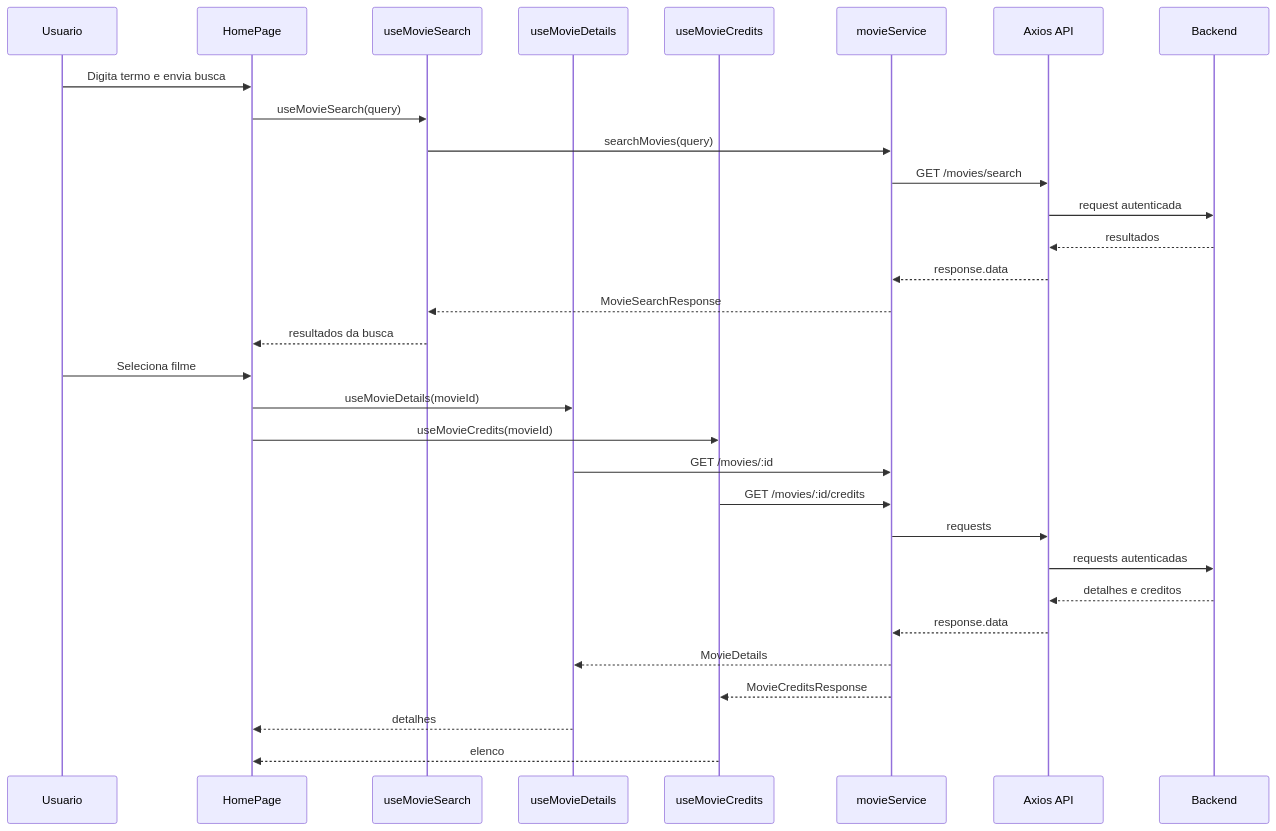
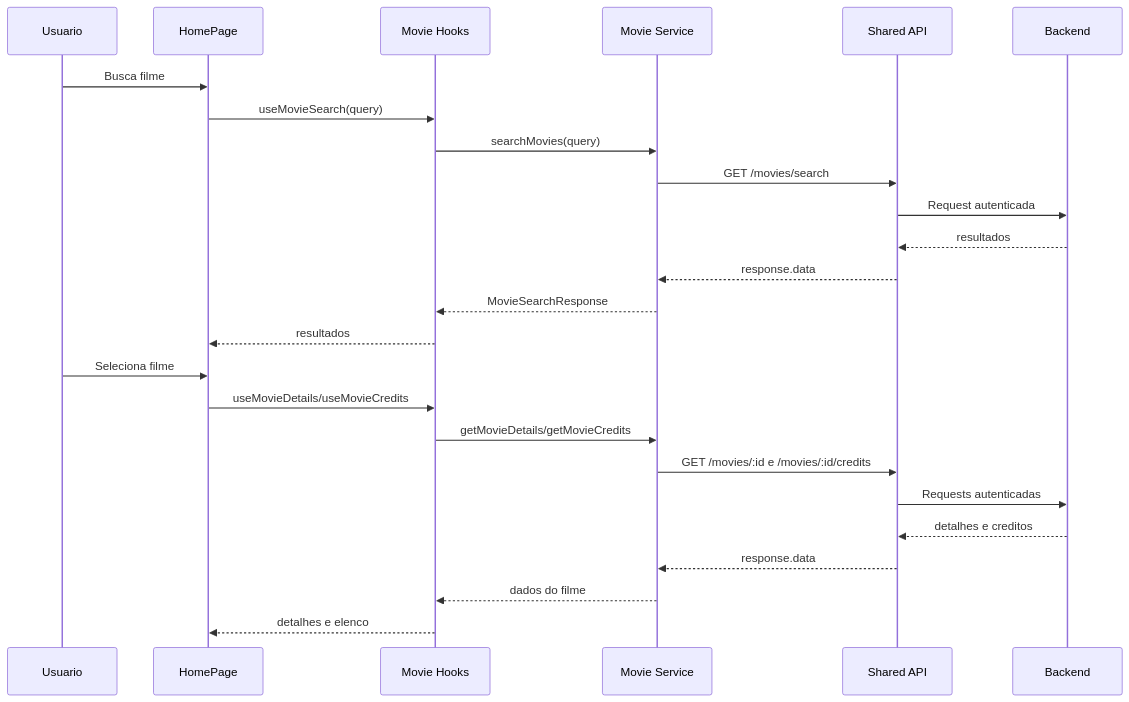
The fourth of 4 diagrams in frontend/docs/architecture.md (wwwbrunagon/movie_recommendation), drawn with Mermaid before and after one commit. The commit also changed other lines of this file and 1 other file, not shown here.

Commit message:
docs(frontend): document feature-based architecture

````diff
--- a/frontend/docs/architecture.md
+++ b/frontend/docs/architecture.md
@@ -170,35 +119,29 @@
 ```mermaid
 sequenceDiagram
     participant U as Usuario
-    participant H as HomePage
-    participant QS as useMovieSearch
-    participant SD as useMovieDetails
-    participant SC as useMovieCredits
-    participant S as movieService
-    participant A as Axios API
+    participant P as HomePage
+    participant H as Movie Hooks
+    participant S as Movie Service
+    participant A as Shared API
     participant B as Backend
 
-    U->>H: Digita termo e envia busca
-    H->>QS: useMovieSearch(query)
-    QS->>S: searchMovies(query)
+    U->>P: Busca filme
+    P->>H: useMovieSearch(query)
+    H->>S: searchMovies(query)
     S->>A: GET /movies/search
-    A->>B: request autenticada
+    A->>B: Request autenticada
     B-->>A: resultados
     A-->>S: response.data
-    S-->>QS: MovieSearchResponse
-    QS-->>H: resultados da busca
+    S-->>H: MovieSearchResponse
+    H-->>P: resultados
 
-    U->>H: Seleciona filme
-    H->>SD: useMovieDetails(movieId)
-    H->>SC: useMovieCredits(movieId)
-    SD->>S: GET /movies/:id
-    SC->>S: GET /movies/:id/credits
-    S->>A: requests
-    A->>B: requests autenticadas
+    U->>P: Seleciona filme
+    P->>H: useMovieDetails/useMovieCredits
+    H->>S: getMovieDetails/getMovieCredits
+    S->>A: GET /movies/:id e /movies/:id/credits
+    A->>B: Requests autenticadas
     B-->>A: detalhes e creditos
     A-->>S: response.data
-    S-->>SD: MovieDetails
-    S-->>SC: MovieCreditsResponse
-    SD-->>H: detalhes
-    SC-->>H: elenco
+    S-->>H: dados do filme
+    H-->>P: detalhes e elenco
 ```
````
